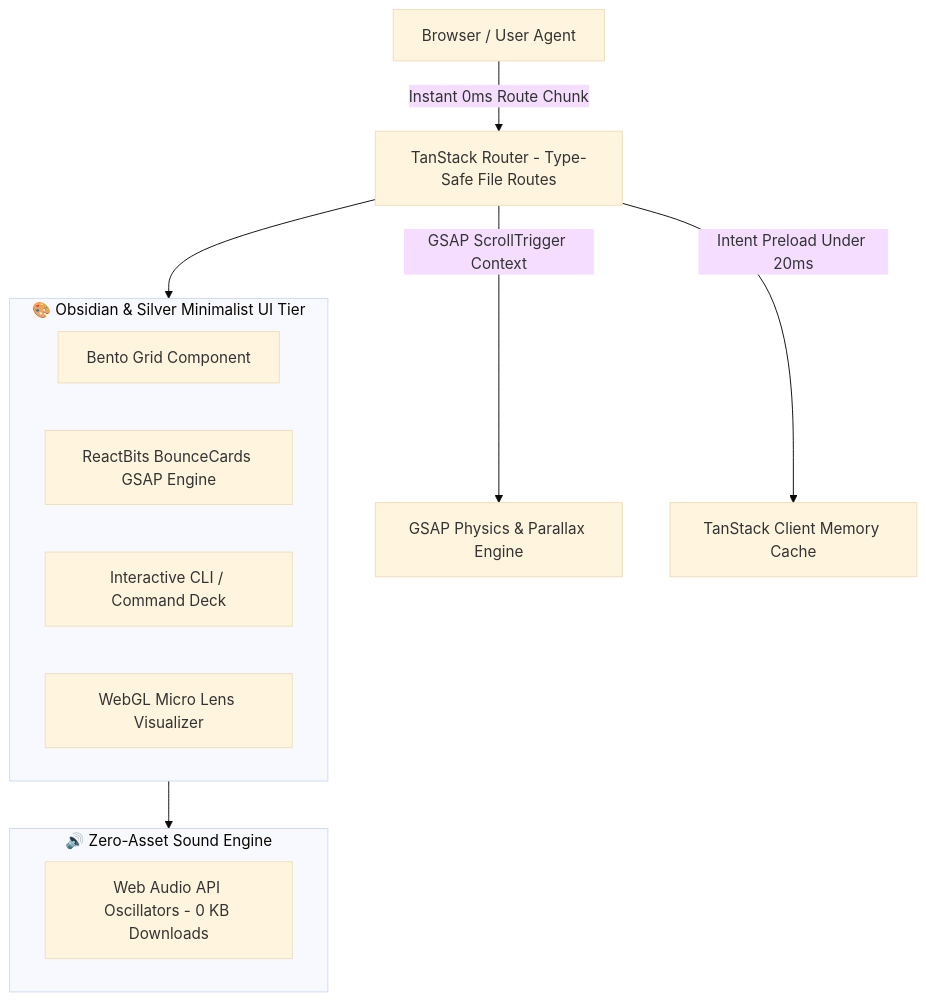
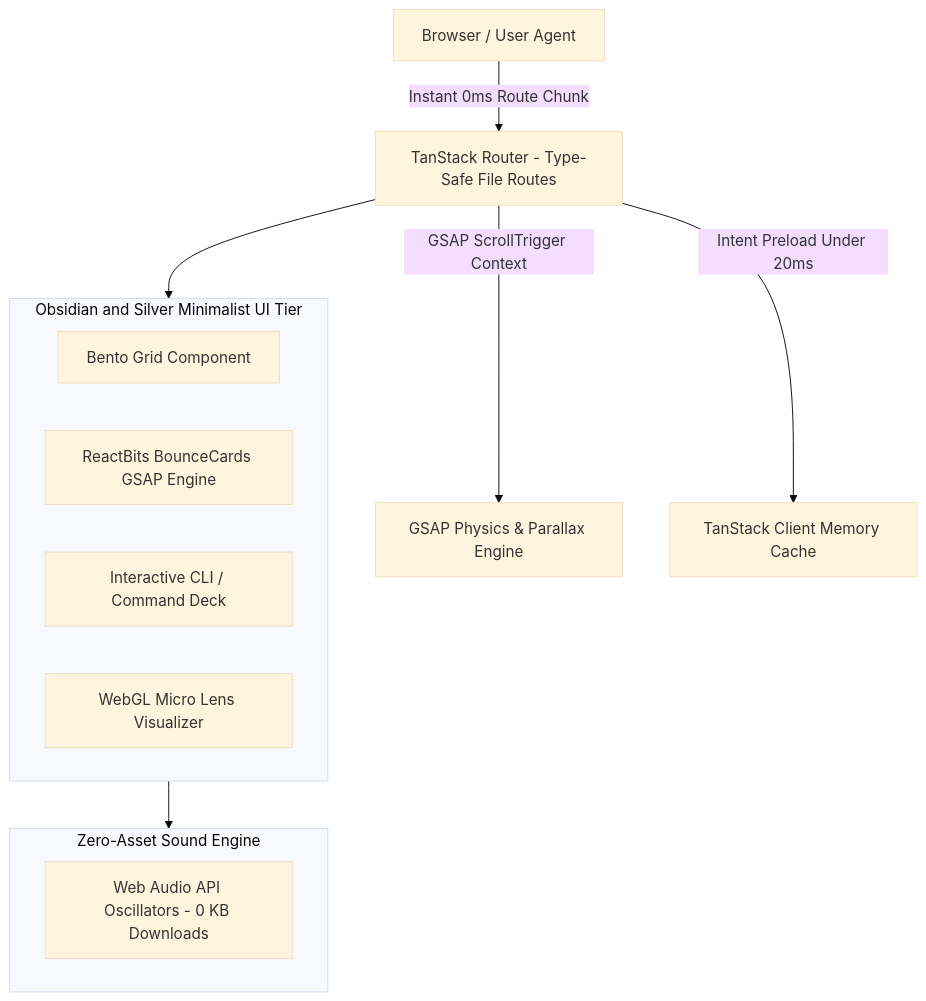
Before and after one commit to WarunaUdara/my-dev-portfolio: the first of 2 diagrams in content/blog/react-19-and-tanstack-router.mdx, drawn with Mermaid (base theme). The commit also changed other lines of this file and 1 other file, not shown here.

Commit message:
refactor(blog): rename article to 'Architecting Technical Excellence' and sanitize all Mermaid diagram nodes

````diff
--- a/content/blog/react-19-and-tanstack-router.mdx
+++ b/content/blog/react-19-and-tanstack-router.mdx
@@ -25,20 +25,20 @@
 ```mermaid
 graph TD
-    Client[Browser / User Agent] -->|Instant 0ms Route Chunk| Router[TanStack Router - Type-Safe File Routes]
-    Router -->|GSAP ScrollTrigger Context| Animations[GSAP Physics & Parallax Engine]
-    Router -->|Intent Preload Under 20ms| Cache[TanStack Client Memory Cache]
+    Client["Browser / User Agent"] -->|Instant 0ms Route Chunk| Router["TanStack Router - Type-Safe File Routes"]
+    Router -->|GSAP ScrollTrigger Context| Animations["GSAP Physics & Parallax Engine"]
+    Router -->|Intent Preload Under 20ms| Cache["TanStack Client Memory Cache"]
     
-    subgraph UI_System ["🎨 Obsidian & Silver Minimalist UI Tier"]
-        Bento[Bento Grid Component]
-        Bounce[ReactBits BounceCards GSAP Engine]
-        Terminal[Interactive CLI / Command Deck]
-        Lens[WebGL Micro Lens Visualizer]
+    subgraph UI_System ["Obsidian and Silver Minimalist UI Tier"]
+        Bento["Bento Grid Component"]
+        Bounce["ReactBits BounceCards GSAP Engine"]
+        Terminal["Interactive CLI / Command Deck"]
+        Lens["WebGL Micro Lens Visualizer"]
     end
 
-    subgraph Sound_Engine ["🔊 Zero-Asset Sound Engine"]
-        WebAudio[Web Audio API Oscillators - 0 KB Downloads]
+    subgraph Sound_Engine ["Zero-Asset Sound Engine"]
+        WebAudio["Web Audio API Oscillators - 0 KB Downloads"]
     end
 
     Router --> UI_System
     UI_System --> Sound_Engine
 ```
````
